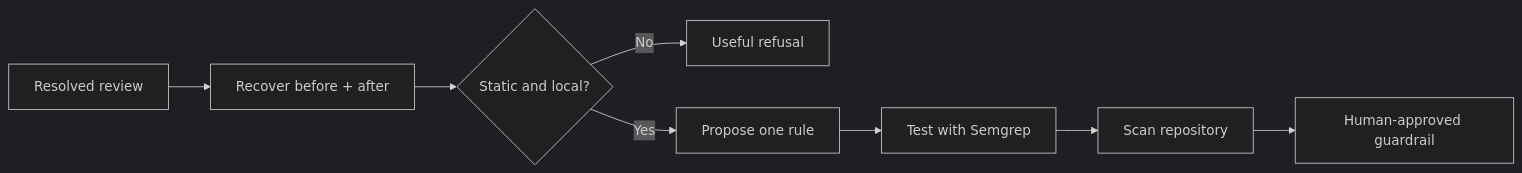
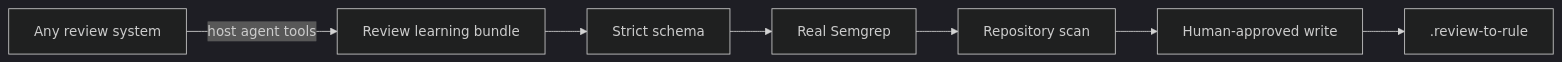
Before and after one commit to vamgan/review-to-rule: the diagram in README.md, drawn with Mermaid (dark theme). The commit also changed other lines of this file and 39 other files, not shown here.

Commit message:
feat: make review learning agent-first

````diff
--- a/README.md
+++ b/README.md
@@ -143,10 +76,9 @@
 ```mermaid
 flowchart LR
-  A[Resolved review] --> B[Recover before + after]
-  B --> C{Static and local?}
-  C -->|No| D[Useful refusal]
-  C -->|Yes| E[Propose one rule]
-  E --> F[Test with Semgrep]
-  F --> G[Scan repository]
-  G --> H[Human-approved guardrail]
+  A[Any review system] -->|host agent tools| B[Review learning bundle]
+  B --> C[Strict schema]
+  C --> D[Real Semgrep]
+  D --> E[Repository scan]
+  E --> F[Human-approved write]
+  F --> G[.review-to-rule]
 ```
````
